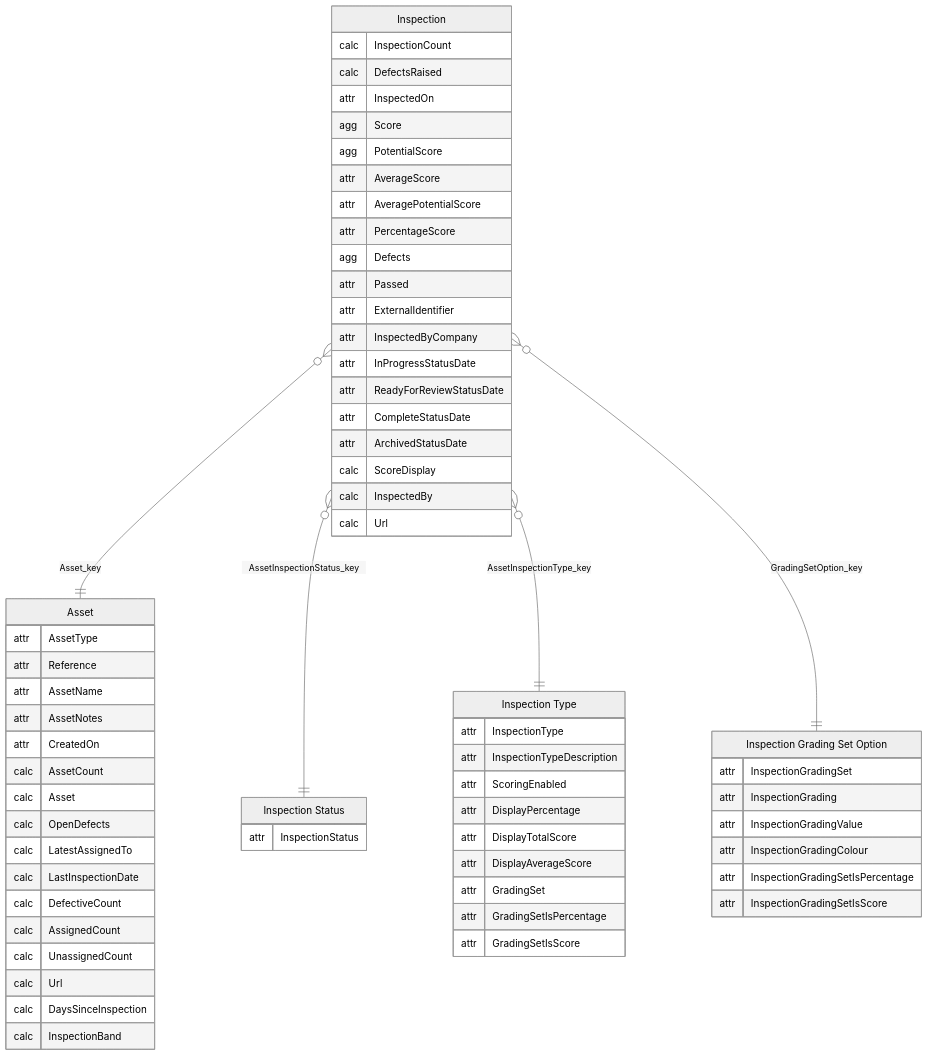
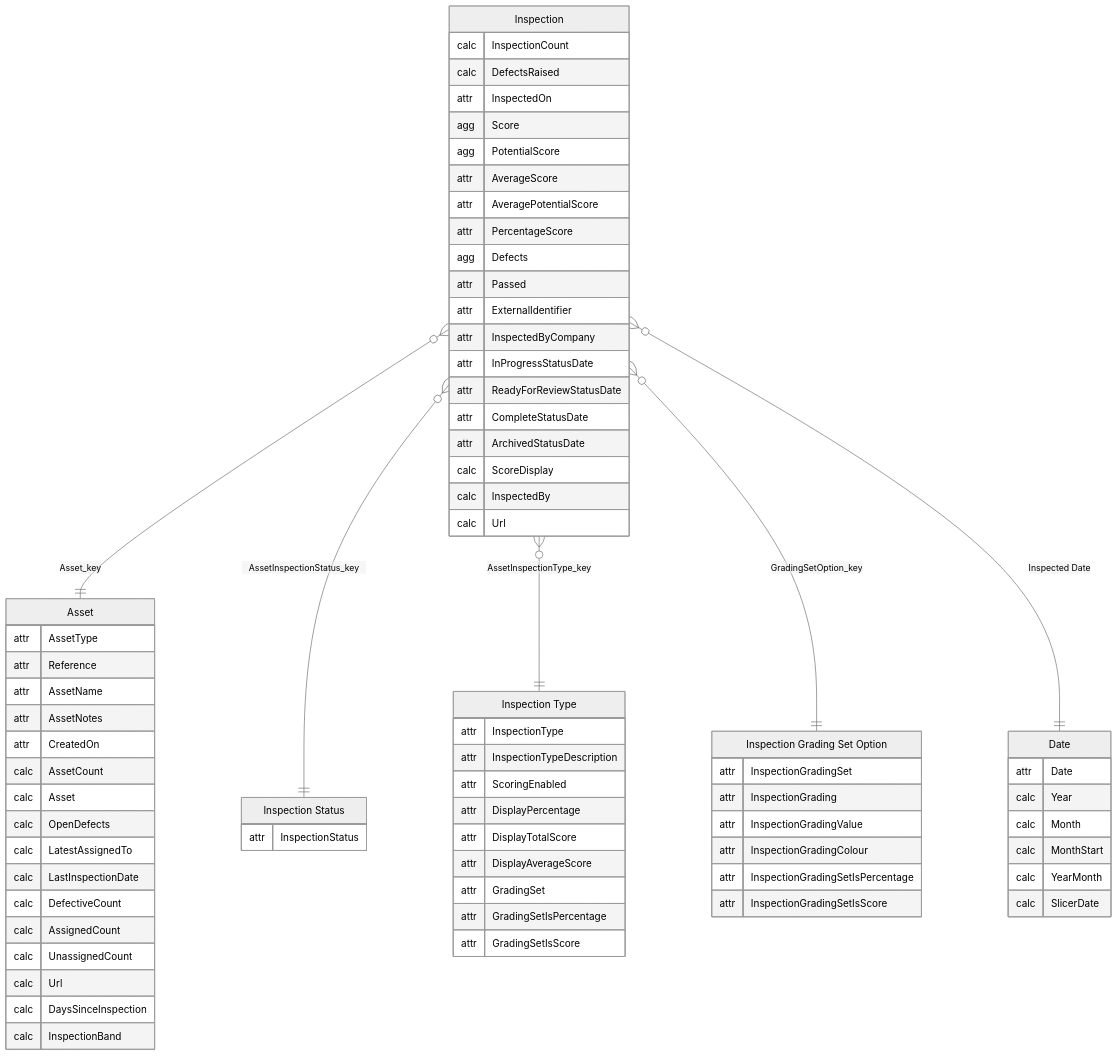
Before and after one commit to work-wallet/BIClient: the fourth of 16 diagrams in PowerBISamplesModels/Assets.md, drawn with Mermaid. The commit also changed other lines of this file and 17 other files, not shown here.

````diff
--- a/PowerBISamplesModels/Assets.md
+++ b/PowerBISamplesModels/Assets.md
@@ -132,72 +132,81 @@
 ```mermaid
 ---
 config:
   theme: neutral
 ---
 erDiagram
     "Inspection" {
         calc InspectionCount
         calc DefectsRaised
         attr InspectedOn
         agg Score
         agg PotentialScore
         attr AverageScore
         attr AveragePotentialScore
         attr PercentageScore
         agg Defects
         attr Passed
         attr ExternalIdentifier
         attr InspectedByCompany
         attr InProgressStatusDate
         attr ReadyForReviewStatusDate
         attr CompleteStatusDate
         attr ArchivedStatusDate
         calc ScoreDisplay
         calc InspectedBy
         calc Url
     }
     "Asset" {
         attr AssetType
         attr Reference
         attr AssetName
         attr AssetNotes
         attr CreatedOn
         calc AssetCount
         calc Asset
         calc OpenDefects
         calc LatestAssignedTo
         calc LastInspectionDate
         calc DefectiveCount
         calc AssignedCount
         calc UnassignedCount
         calc Url
         calc DaysSinceInspection
         calc InspectionBand
     }
     "Inspection Type" {
         attr InspectionType
         attr InspectionTypeDescription
         attr ScoringEnabled
         attr DisplayPercentage
         attr DisplayTotalScore
         attr DisplayAverageScore
         attr GradingSet
         attr GradingSetIsPercentage
         attr GradingSetIsScore
     }
     "Inspection Status" {
         attr InspectionStatus
     }
     "Inspection Grading Set Option" {
         attr InspectionGradingSet
         attr InspectionGrading
         attr InspectionGradingValue
         attr InspectionGradingColour
         attr InspectionGradingSetIsPercentage
         attr InspectionGradingSetIsScore
     }
+    "Date" {
+        attr Date
+        calc Year
+        calc Month
+        calc MonthStart
+        calc YearMonth
+        calc SlicerDate
+    }
     "Inspection" }o--|| "Asset" : "Asset_key"
     "Inspection" }o--|| "Inspection Status" : "AssetInspectionStatus_key"
     "Inspection" }o--|| "Inspection Type" : "AssetInspectionType_key"
     "Inspection" }o--|| "Inspection Grading Set Option" : "GradingSetOption_key"
+    "Inspection" }o--|| "Date" : "Inspected Date"
 ```
````
